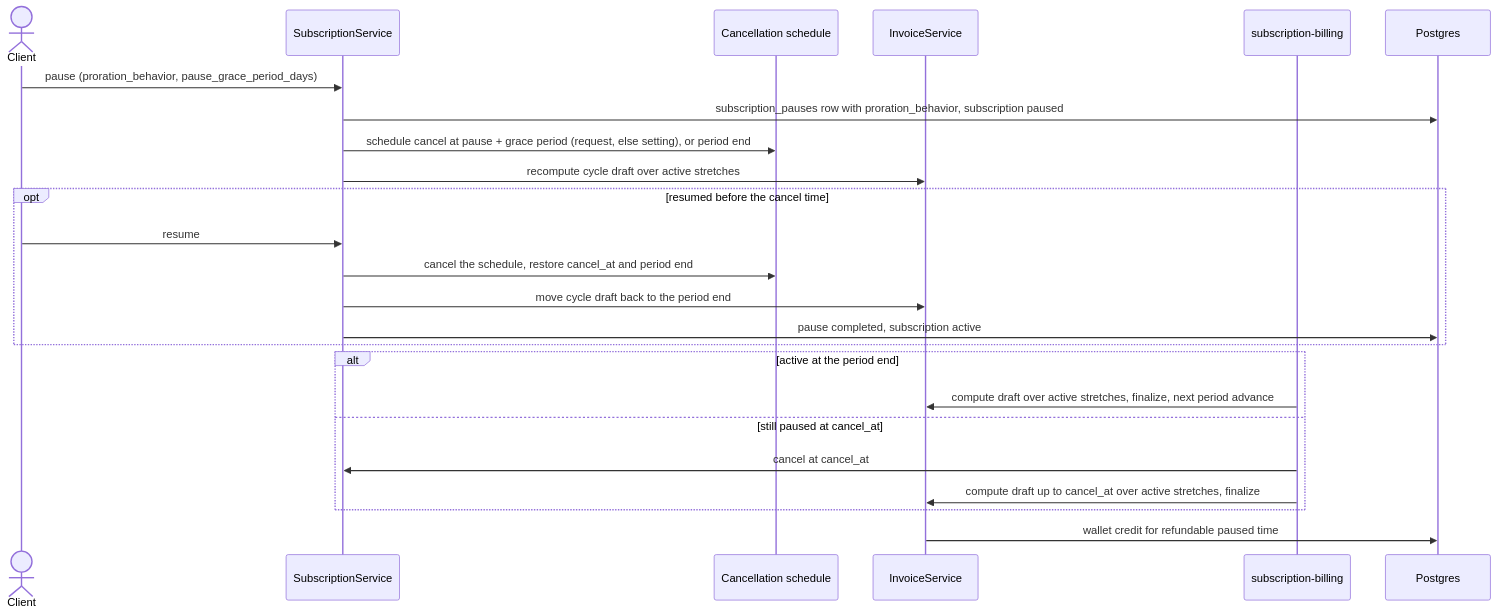
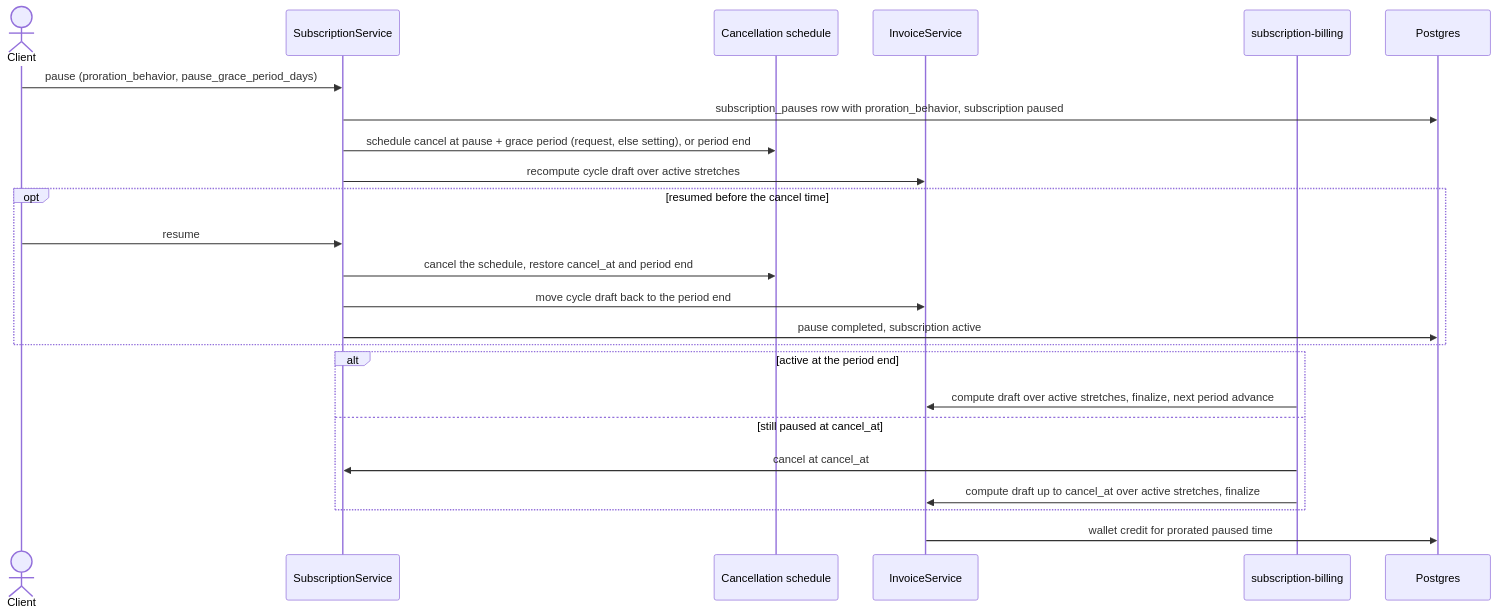
Before and after one commit to flexprice/flexprice: the first of 2 diagrams in docs/design/2026-10-21-FLE-1698-pause-subscription-single-invoice-erd.md, drawn with Mermaid. The commit also changed other lines of this file and 8 other files, not shown here.

````diff
--- a/docs/design/2026-10-21-FLE-1698-pause-subscription-single-invoice-erd.md
+++ b/docs/design/2026-10-21-FLE-1698-pause-subscription-single-invoice-erd.md
@@ -162,27 +162,27 @@
 ```mermaid
 sequenceDiagram
     actor C as Client
     participant Svc as SubscriptionService
     participant Sch as Cancellation schedule
     participant Inv as InvoiceService
     participant Run as subscription-billing
     participant DB as Postgres
 
     C->>Svc: pause (proration_behavior, pause_grace_period_days)
     Svc->>DB: subscription_pauses row with proration_behavior, subscription paused
     Svc->>Sch: schedule cancel at pause + grace period (request, else setting), or period end
     Svc->>Inv: recompute cycle draft over active stretches
     opt resumed before the cancel time
         C->>Svc: resume
         Svc->>Sch: cancel the schedule, restore cancel_at and period end
         Svc->>Inv: move cycle draft back to the period end
         Svc->>DB: pause completed, subscription active
     end
     alt active at the period end
         Run->>Inv: compute draft over active stretches, finalize, next period advance
     else still paused at cancel_at
         Run->>Svc: cancel at cancel_at
         Run->>Inv: compute draft up to cancel_at over active stretches, finalize
     end
-    Inv->>DB: wallet credit for refundable paused time
+    Inv->>DB: wallet credit for prorated paused time
 ```
````
